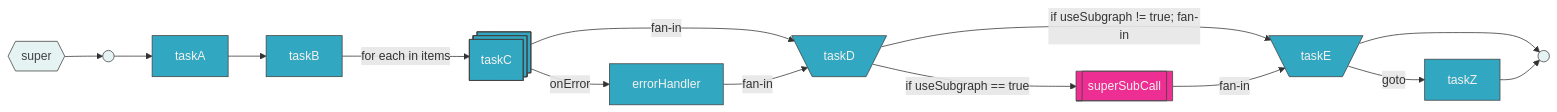
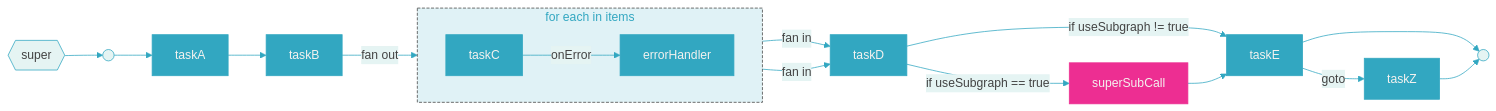
One commit to bhardwajRahul/fabric changed the diagram in verify/superflow/SUPER.mmd. Above: the diagram before and after it, drawn with Mermaid. The commit also changed 171 other files, not shown here.

```diff
--- a/verify/superflow/SUPER.mmd
+++ b/verify/superflow/SUPER.mmd
@@ -1,24 +1,31 @@
+%%{init: {'themeVariables': {'lineColor': '#32a7c1', 'edgeLabelBackground': '#e5f4f3', 'textColor': '#434343', 'titleColor': '#32a7c1', 'clusterTextColor': '#32a7c1'}}}%%
 graph LR
-    classDef task fill:#32a7c1,color:#f4f2ef,stroke:#434343
-    classDef sub fill:#ed2e92,color:#f4f2ef,stroke:#434343
-    classDef term fill:#e5f4f3,color:#434343,stroke:#434343
+    classDef task fill:#32a7c1,color:#f4f2ef,stroke:#32a7c1
+    classDef sub fill:#ed2e92,color:#f4f2ef,stroke:#ed2e92
+    classDef term fill:#e5f4f3,color:#434343,stroke:#32a7c1
 
     _title{{"super"}}:::term --> _start
-    t2@{ shape: st-rect, label: "taskC" }
-    t3@{ shape: trap-t, label: "taskD" }
-    t4@{ shape: trap-t, label: "taskE" }
-    _start(( )):::term --> t0["taskA"]:::task
-    t0 --> t1["taskB"]:::task
-    t1 -->|"for each in items"| t2
-    t2 -->|"fan-in"| t3
-    t2 -->|"onError"| t6["errorHandler"]:::task
-    t6 -->|"fan-in"| t3
-    t3 -->|"if useSubgraph == true"| t7[["superSubCall"]]:::sub
-    t3 -->|"if useSubgraph != true; fan-in"| t4
-    t7 -->|"fan-in"| t4
-    t4 -->|"goto"| t5["taskZ"]:::task
+    _start(( )):::term --> t0
+    t0["taskA"]:::task
+    t1["taskB"]:::task
+    t3["taskD"]:::task
+    t4["taskE"]:::task
+    t5["taskZ"]:::task
+    t7["superSubCall"]:::sub
+    subgraph fo_t1 ["for each in items"]
+        direction LR
+        t2["taskC"]:::task
+        t6["errorHandler"]:::task
+    end
+    t0 --> t1
+    t1 -->|"fan out"| t2
+    t2 -->|"fan in"| t3
+    t2 -->|"onError"| t6
+    t6 -->|"fan in"| t3
+    t3 -->|"if useSubgraph == true"| t7
+    t3 -->|"if useSubgraph != true"| t4
+    t7 --> t4
+    t4 -->|"goto"| t5
     t4 --> _end(( )):::term
     t5 --> _end(( )):::term
-    class t2 task
-    class t3 task
-    class t4 task
+    style fo_t1 fill:#32a7c1,fill-opacity:0.15,stroke:#434343,stroke-dasharray:4 2
```
